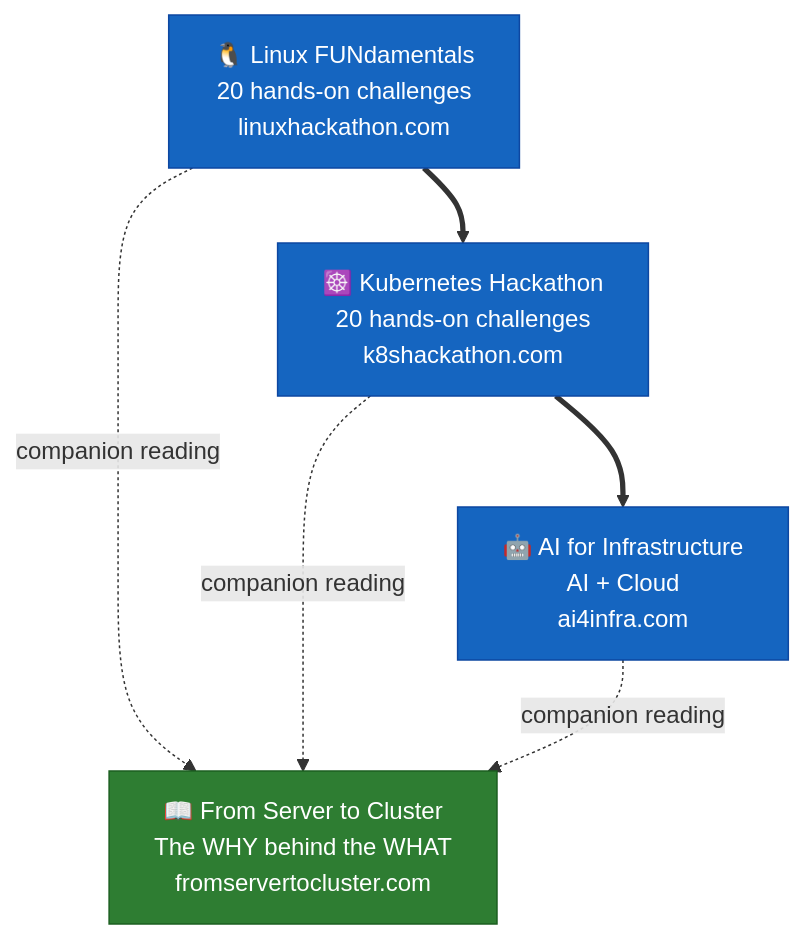
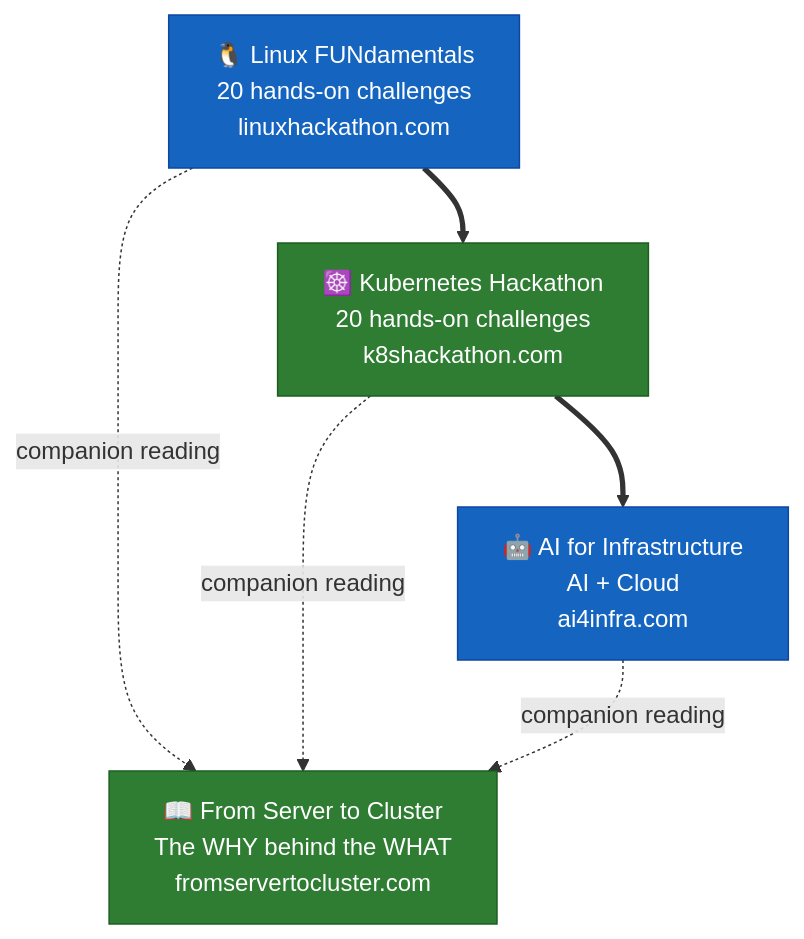
One commit to ricmmartins/fasthack-kubernetes changed the diagram in README.md. Above: the diagram before and after it, drawn with Mermaid.

Commit message:
feat: highlight Kubernetes Hackathon box in green

````diff
--- a/README.md
+++ b/README.md
@@ -28,17 +28,17 @@
 ```mermaid
 flowchart TD
     A["🐧 Linux FUNdamentals\n20 hands-on challenges\nlinuxhackathon.com"]
     B["☸️ Kubernetes Hackathon\n20 hands-on challenges\nk8shackathon.com"]
     C["🤖 AI for Infrastructure\nAI + Cloud\nai4infra.com"]
     D["📖 From Server to Cluster\nThe WHY behind the WHAT\nfromservertocluster.com"]
 
     A ==> B ==> C
     A -.->|companion reading| D
     B -.->|companion reading| D
     C -.->|companion reading| D
 
     style A fill:#1565C0,stroke:#0D47A1,color:#fff
-    style B fill:#1565C0,stroke:#0D47A1,color:#fff
+    style B fill:#2E7D32,stroke:#1B5E20,color:#fff
     style C fill:#1565C0,stroke:#0D47A1,color:#fff
     style D fill:#2E7D32,stroke:#1B5E20,color:#fff
 ```
````
